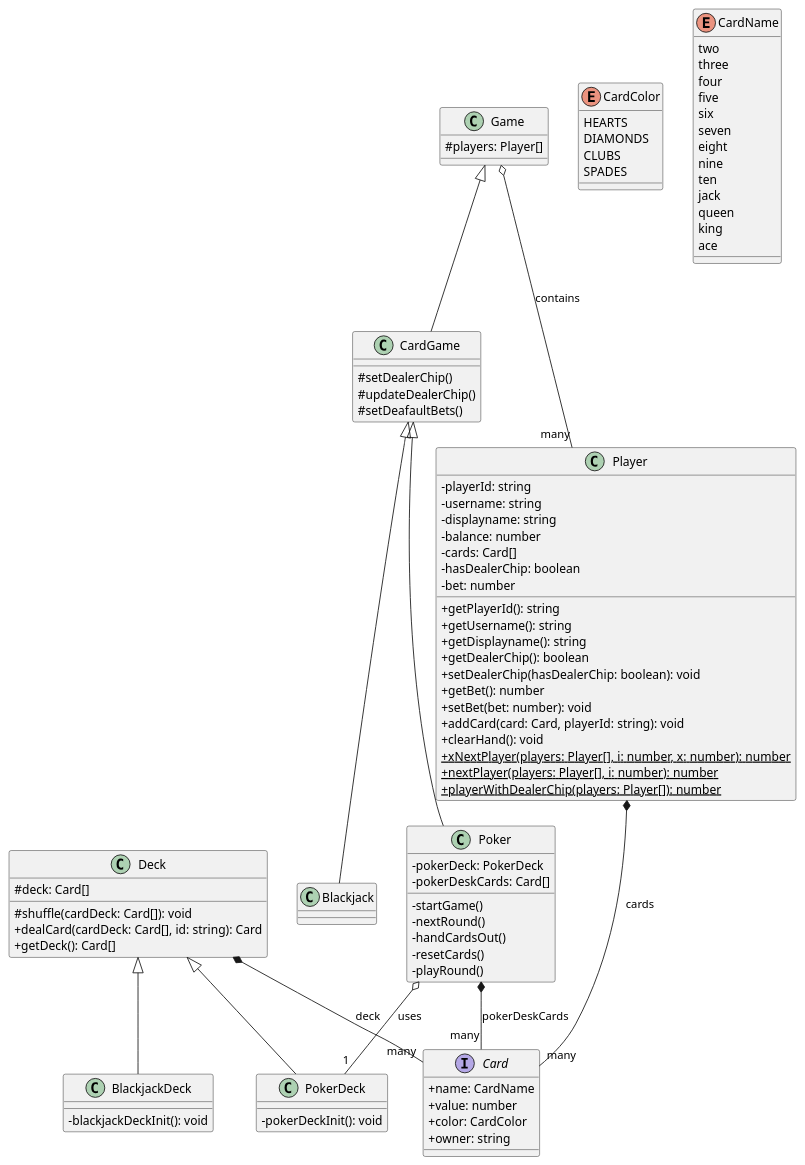
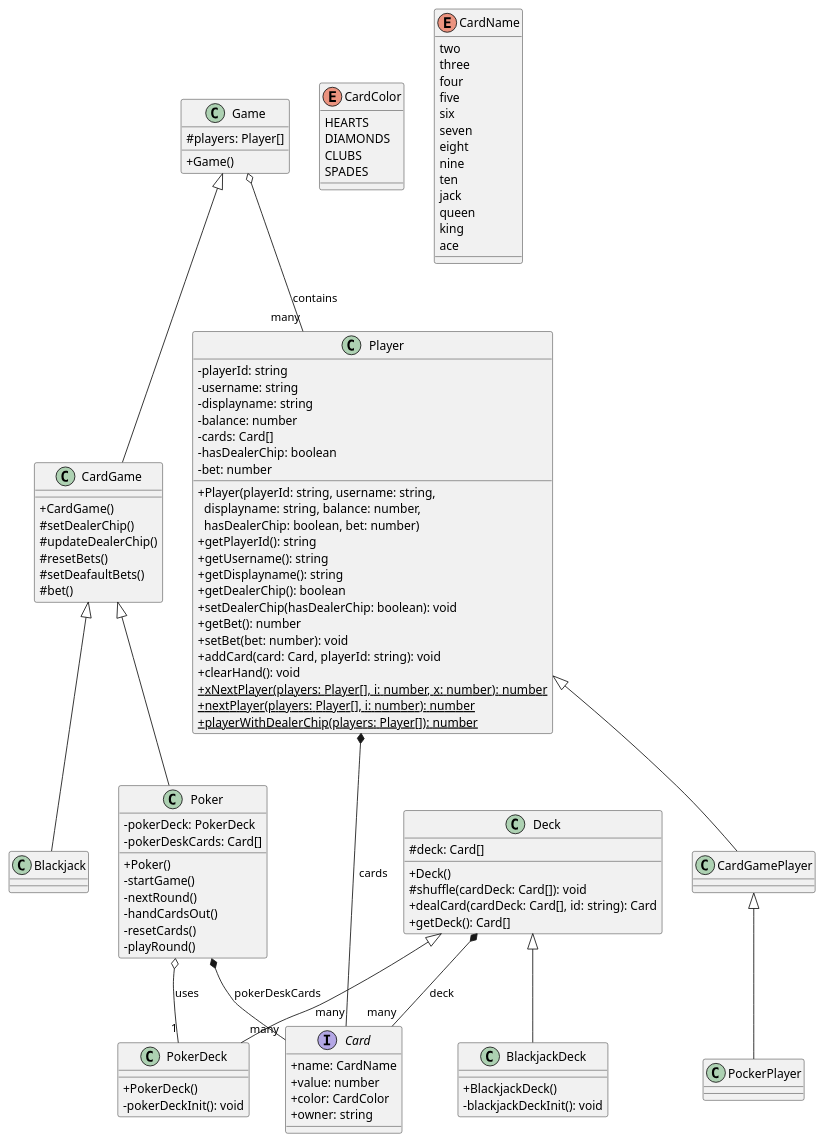
Before and after one commit to FelixZannantoni/OnlineCasino: the diagram in backend/src/gameLogic/gameLogic.puml, drawn with PlantUML. The commit also changed 4 other files, not shown here.

```diff
--- a/backend/src/gameLogic/gameLogic.puml
+++ b/backend/src/gameLogic/gameLogic.puml
@@ -1,108 +1,125 @@
 @startuml
 skinparam classAttributeIconSize 0
 
 interface Card {
   +name: CardName
   +value: number
   +color: CardColor
   +owner: string
 }
 
 enum CardColor {
   HEARTS
   DIAMONDS
   CLUBS
   SPADES
 }
 
 enum CardName {
   two
   three
   four
   five
   six
   seven
   eight
   nine
   ten
   jack
   queen
   king
   ace
 }
 
 class Game {
   #players: Player[]
+  +Game()
 }
 
 class CardGame {
+  +CardGame()
   #setDealerChip()
   #updateDealerChip()
+  #resetBets()
   #setDeafaultBets()
+  #bet()
 }
 
 class Poker {
   -pokerDeck: PokerDeck
   -pokerDeskCards: Card[]
+  +Poker()
   -startGame()
   -nextRound()
   -handCardsOut()
   -resetCards()
   -playRound()
 }
 
 class Blackjack {
 }
 
 class Player {
   -playerId: string
   -username: string
   -displayname: string
   -balance: number
   -cards: Card[]
   -hasDealerChip: boolean
   -bet: number
+  +Player(playerId: string, username: string, \n  displayname: string, balance: number, \n  hasDealerChip: boolean, bet: number)
   +getPlayerId(): string
   +getUsername(): string
   +getDisplayname(): string
   +getDealerChip(): boolean
   +setDealerChip(hasDealerChip: boolean): void
   +getBet(): number
   +setBet(bet: number): void
   +addCard(card: Card, playerId: string): void
   +clearHand(): void
   {static} +xNextPlayer(players: Player[], i: number, x: number): number
   {static} +nextPlayer(players: Player[], i: number): number
   {static} +playerWithDealerChip(players: Player[]): number
 }
 
+class CardGamePlayer {
+}
+
+class PockerPlayer {
+}
+
 class Deck {
   #deck: Card[]
+  +Deck()
   #shuffle(cardDeck: Card[]): void
   +dealCard(cardDeck: Card[], id: string): Card
   +getDeck(): Card[]
 }
 
 class BlackjackDeck {
+  +BlackjackDeck()
   -blackjackDeckInit(): void
 }
 
 class PokerDeck {
+  +PokerDeck()
   -pokerDeckInit(): void
 }
 
 ' Inheritance
 Game <|-- CardGame
 CardGame <|-- Poker
 CardGame <|-- Blackjack
 Deck <|-- BlackjackDeck
 Deck <|-- PokerDeck
+Player <|-- CardGamePlayer
+CardGamePlayer <|-- PockerPlayer
 
 ' Associations
 Game o-- "many" Player : contains
 Poker *-- "many" Card : pokerDeskCards
 Player *-- "many" Card : cards
 Deck *-- "many" Card : deck
 Poker o-- "1" PokerDeck : uses
 
 @enduml
```
